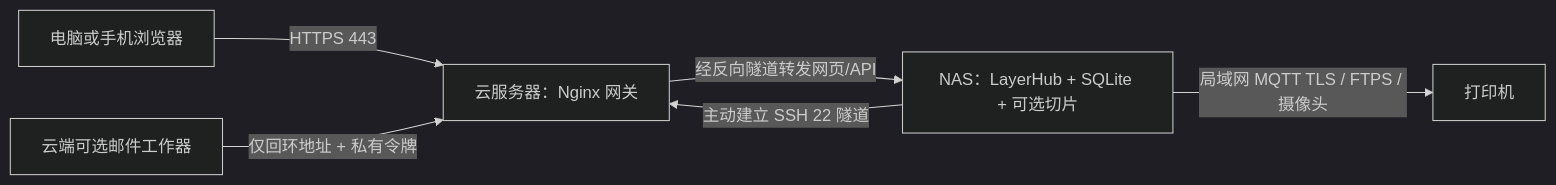
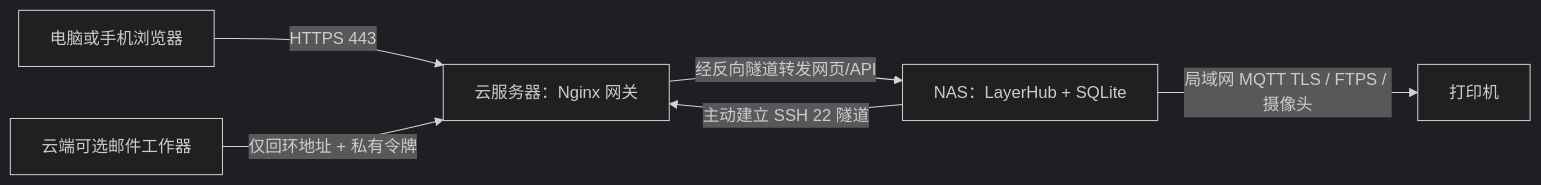
Before and after one commit to Tuang-Gaashuan/LayerHub: the diagram in 01-部署指导-云服务器-NAS-打印机.md, drawn with Mermaid (dark theme). The commit also changed other lines of this file and 156 other files, not shown here.

````diff
--- a/01-部署指导-云服务器-NAS-打印机.md
+++ b/01-部署指导-云服务器-NAS-打印机.md
@@ -9,8 +9,8 @@
 ```mermaid
 flowchart LR
     U[电脑或手机浏览器] -->|HTTPS 443| C[云服务器：Nginx 网关]
-    N[NAS：LayerHub + SQLite + 可选切片] -->|主动建立 SSH 22 隧道| C
+    N[NAS：LayerHub + SQLite] -->|主动建立 SSH 22 隧道| C
     C -->|经反向隧道转发网页/API| N
     N -->|局域网 MQTT TLS / FTPS / 摄像头| P[打印机]
     M[云端可选邮件工作器] -->|仅回环地址 + 私有令牌| C
 ```
````
